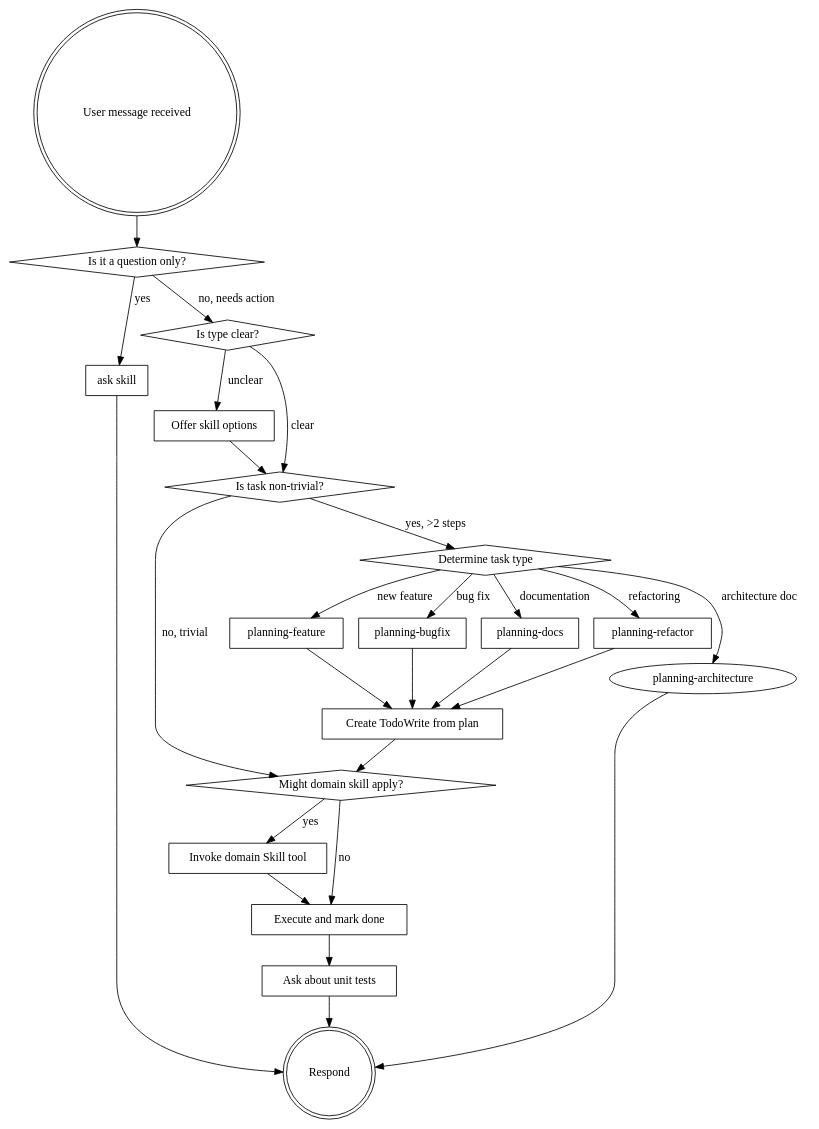
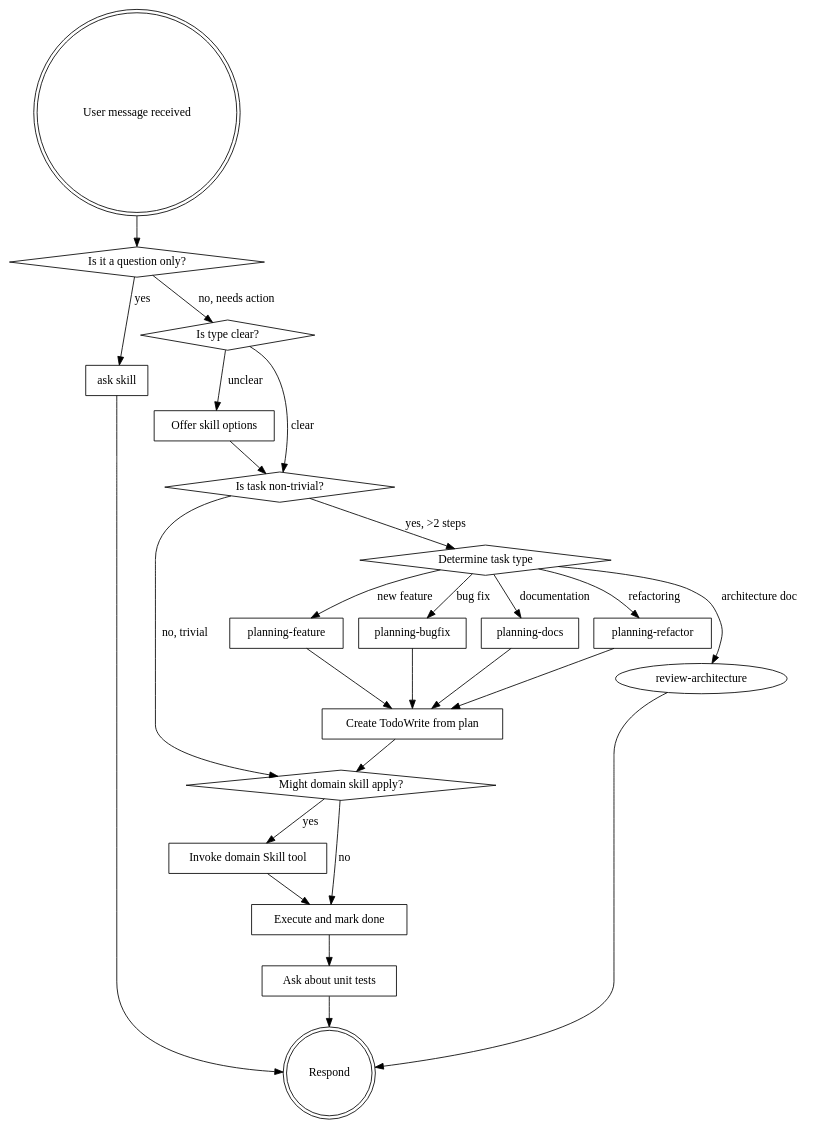
One commit to ROCm/rocprofiler-systems-skills changed the diagram in skills/radisha-help/SKILL.md. Above: the diagram before and after it, drawn with Graphviz. The commit also changed other lines of this file and 7 other files, not shown here.

First line of the commit message:
feat(skills): split architecture skill and improve skill definitions

````diff
--- a/skills/radisha-help/SKILL.md
+++ b/skills/radisha-help/SKILL.md
@@ -393,47 +393,47 @@
 ```dot
 digraph skill_flow {
     "User message received" [shape=doublecircle];
     "Is it a question only?" [shape=diamond];
     "ask skill" [shape=box];
     "Is type clear?" [shape=diamond];
     "Offer skill options" [shape=box];
     "Is task non-trivial?" [shape=diamond];
     "Determine task type" [shape=diamond];
     "planning-feature" [shape=box];
     "planning-bugfix" [shape=box];
     "planning-refactor" [shape=box];
     "planning-docs" [shape=box];
     "Create TodoWrite from plan" [shape=box];
     "Might domain skill apply?" [shape=diamond];
     "Invoke domain Skill tool" [shape=box];
     "Execute and mark done" [shape=box];
     "Ask about unit tests" [shape=box];
     "Respond" [shape=doublecircle];
 
     "User message received" -> "Is it a question only?";
     "Is it a question only?" -> "ask skill" [label="yes"];
     "ask skill" -> "Respond";
     "Is it a question only?" -> "Is type clear?" [label="no, needs action"];
     "Is type clear?" -> "Offer skill options" [label="unclear"];
     "Offer skill options" -> "Is task non-trivial?";
     "Is type clear?" -> "Is task non-trivial?" [label="clear"];
     "Is task non-trivial?" -> "Determine task type" [label="yes, >2 steps"];
     "Is task non-trivial?" -> "Might domain skill apply?" [label="no, trivial"];
     "Determine task type" -> "planning-feature" [label="new feature"];
     "Determine task type" -> "planning-bugfix" [label="bug fix"];
     "Determine task type" -> "planning-refactor" [label="refactoring"];
     "Determine task type" -> "planning-docs" [label="documentation"];
-    "Determine task type" -> "planning-architecture" [label="architecture doc"];
-    "planning-architecture" -> "Respond";
+    "Determine task type" -> "review-architecture" [label="architecture doc"];
+    "review-architecture" -> "Respond";
     "planning-feature" -> "Create TodoWrite from plan";
     "planning-bugfix" -> "Create TodoWrite from plan";
     "planning-refactor" -> "Create TodoWrite from plan";
     "planning-docs" -> "Create TodoWrite from plan";
     "Create TodoWrite from plan" -> "Might domain skill apply?";
     "Might domain skill apply?" -> "Invoke domain Skill tool" [label="yes"];
     "Might domain skill apply?" -> "Execute and mark done" [label="no"];
     "Invoke domain Skill tool" -> "Execute and mark done";
     "Execute and mark done" -> "Ask about unit tests";
     "Ask about unit tests" -> "Respond";
 }
 ```
````
